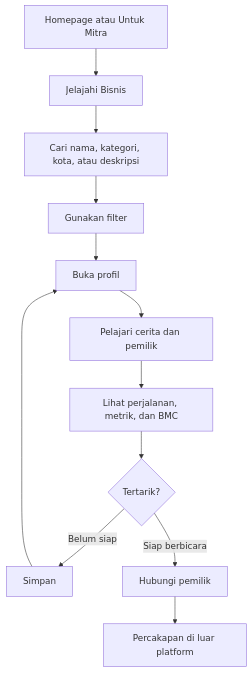
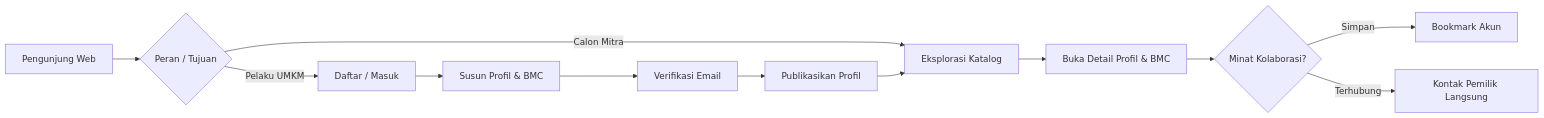
One commit to abnibsth/lumora changed the diagram in README.md. Above: the diagram before and after it, drawn with Mermaid. The commit also changed other lines of this file and 3 other files, not shown here.

````diff
--- a/README.md
+++ b/README.md
@@ -119,14 +151,14 @@
 ```mermaid
-flowchart TD
-    A[Homepage atau Untuk Mitra] --> B[Jelajahi Bisnis]
-    B --> C[Cari nama, kategori, kota, atau deskripsi]
-    C --> D[Gunakan filter]
-    D --> E[Buka profil]
-    E --> F[Pelajari cerita dan pemilik]
-    F --> G[Lihat perjalanan, metrik, dan BMC]
-    G --> H{Tertarik?}
-    H -->|Belum siap| I[Simpan]
-    H -->|Siap berbicara| J[Hubungi pemilik]
-    I --> E
-    J --> K[Percakapan di luar platform]
+flowchart LR
+    A[Pengunjung Web] --> B{Peran / Tujuan}
+    B -->|Pelaku UMKM| C[Daftar / Masuk]
+    B -->|Calon Mitra| D[Eksplorasi Katalog]
+    C --> E[Susun Profil & BMC]
+    E --> F[Verifikasi Email]
+    F --> G[Publikasikan Profil]
+    G --> D
+    D --> H[Buka Detail Profil & BMC]
+    H --> I{Minat Kolaborasi?}
+    I -->|Simpan| J[Bookmark Akun]
+    I -->|Terhubung| K[Kontak Pemilik Langsung]
 ```
````
